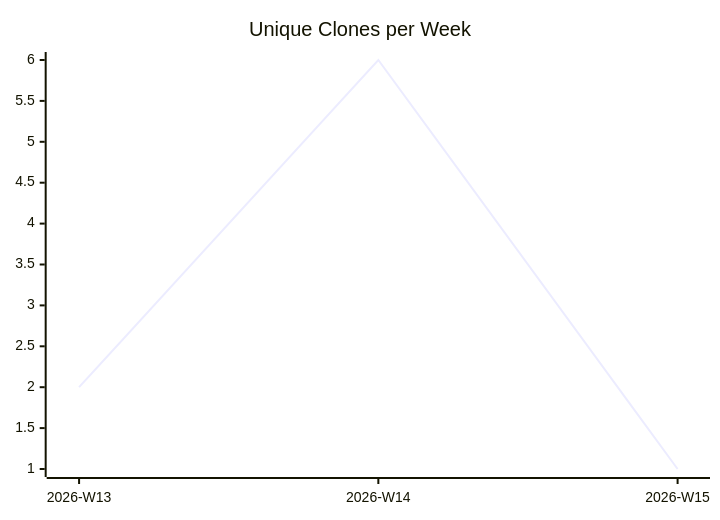
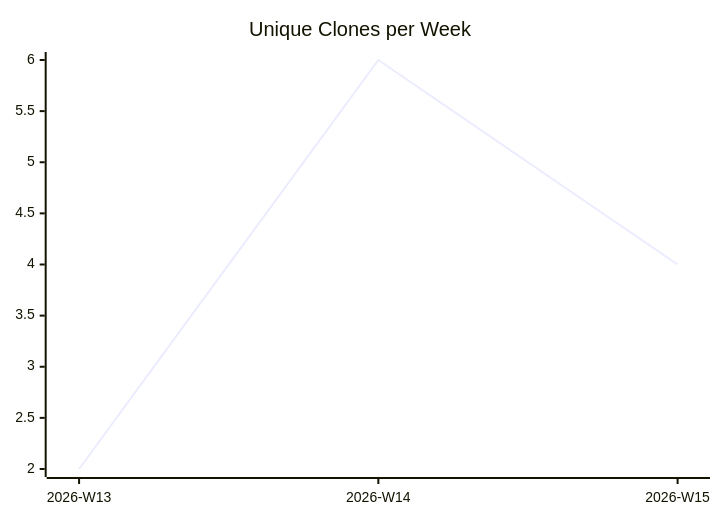
One commit to justdavis-family/github-analytics-data changed the third of 3 diagrams in karlmdavis/obsidian-operator/README.md. Above: the diagram before and after it, drawn with Mermaid. The commit also changed other lines of this file and 192 other files, not shown here.

````diff
--- a/karlmdavis/obsidian-operator/README.md
+++ b/karlmdavis/obsidian-operator/README.md
@@ -19,6 +19,6 @@
 ```mermaid
 xychart-beta
   title "Unique Clones per Week"
   x-axis ["2026-W13", "2026-W14", "2026-W15"]
-  line [2, 6, 1]
+  line [2, 6, 4]
 ```
````
